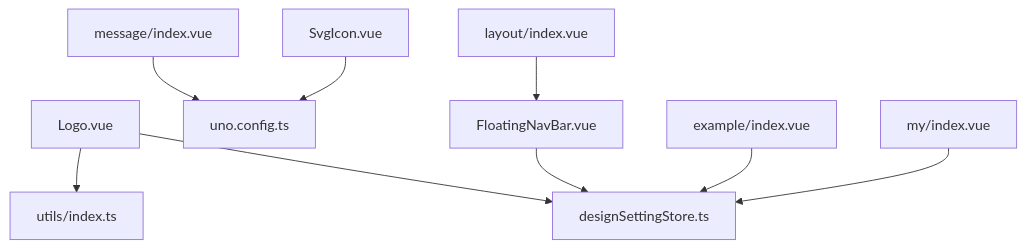
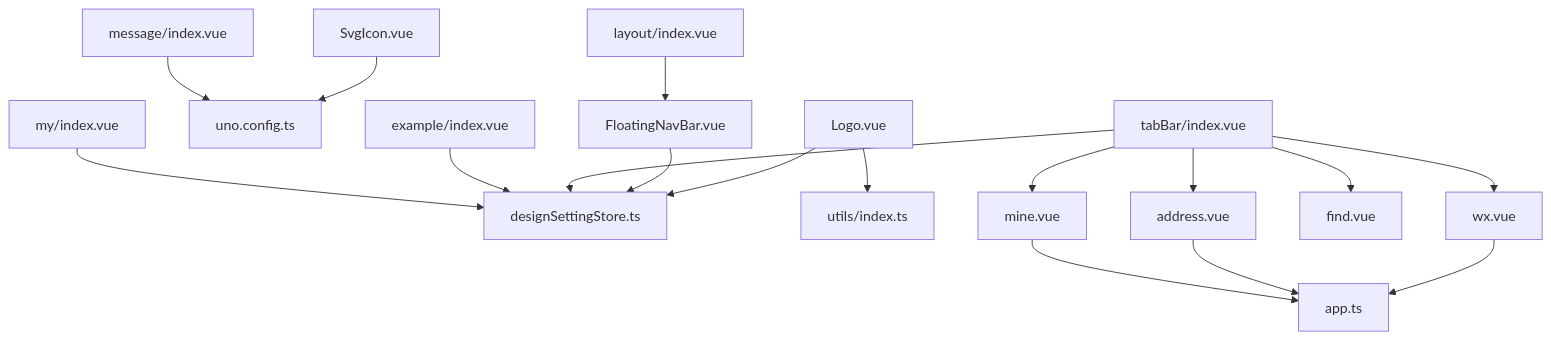
The tenth of 10 diagrams in .qoder/repowiki/zh/content/UI组件系统/UI组件系统.md (giserman001/vue3-vant4-mobile), drawn with Mermaid before and after one commit. The commit also changed other lines of this file and 60 other files, not shown here.

````diff
--- a/.qoder/repowiki/zh/content/UI组件系统/UI组件系统.md
+++ b/.qoder/repowiki/zh/content/UI组件系统/UI组件系统.md
@@ -292,11 +522,19 @@
 ```mermaid
 graph TB
 Lg["Logo.vue"] --> DS["designSettingStore.ts"]
 Lg --> UT["utils/index.ts"]
 Si["SvgIcon.vue"] --> UC["uno.config.ts"]
 Fn["FloatingNavBar.vue"] --> DS
 Lx["layout/index.vue"] --> Fn
+Tb["tabBar/index.vue"] --> Wx["wx.vue"]
+Tb --> Addr["address.vue"]
+Tb --> Find["find.vue"]
+Tb --> Mine["mine.vue"]
+Wx --> AP["app.ts"]
+Addr --> AP
+Mine --> AP
+Tb --> DS
 Ex["example/index.vue"] --> DS
 Ms["message/index.vue"] --> UC
 My["my/index.vue"] --> DS
 ```
````
